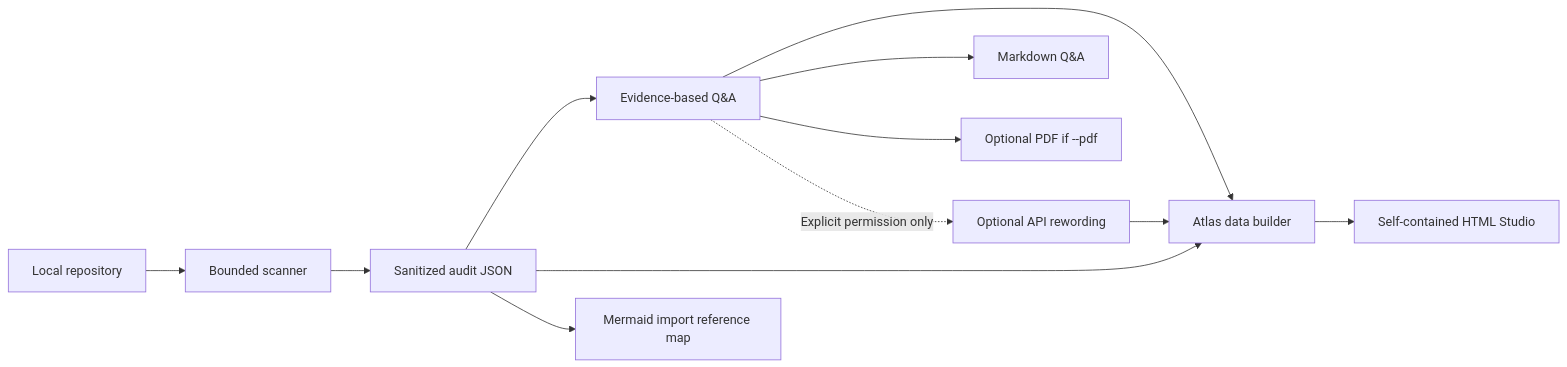
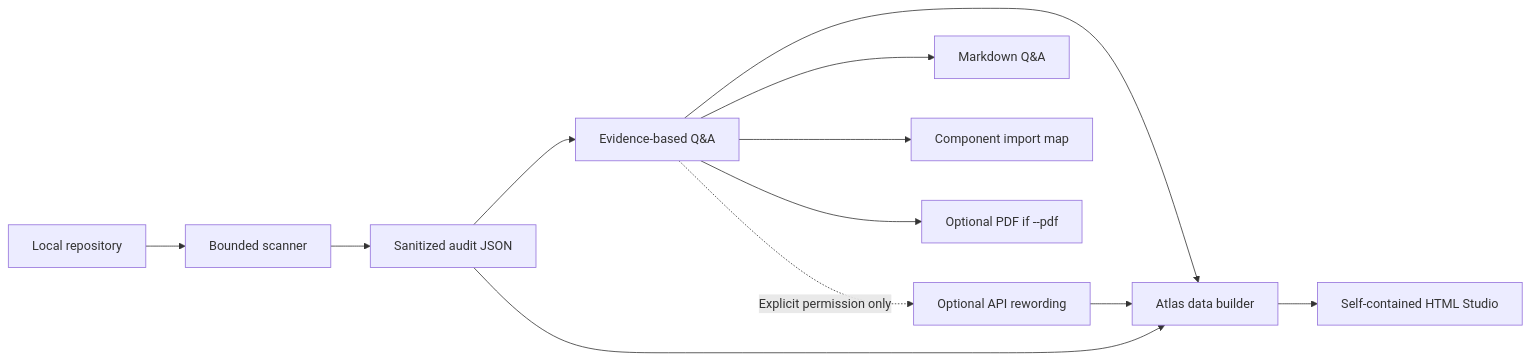
The diagram in docs/ARCHITECTURE.md (Gurtejhundal/Mercy), drawn with Mermaid before and after one commit. The commit also changed other lines of this file and 37 other files, not shown here.

````diff
--- a/docs/ARCHITECTURE.md
+++ b/docs/ARCHITECTURE.md
@@ -19,14 +19,14 @@
 ```mermaid
 flowchart LR
     A[Local repository] --> B[Bounded scanner]
     B --> C[Sanitized audit JSON]
     C --> D[Evidence-based Q&A]
     C --> E[Atlas data builder]
     D --> E
     E --> F[Self-contained HTML Studio]
     D --> G[Markdown Q&A]
-    C --> H[Mermaid import reference map]
+    D --> H[Component import map]
     D --> I[Optional PDF if --pdf]
     D -. Explicit permission only .-> J[Optional API rewording]
     J --> E
 ```
````
